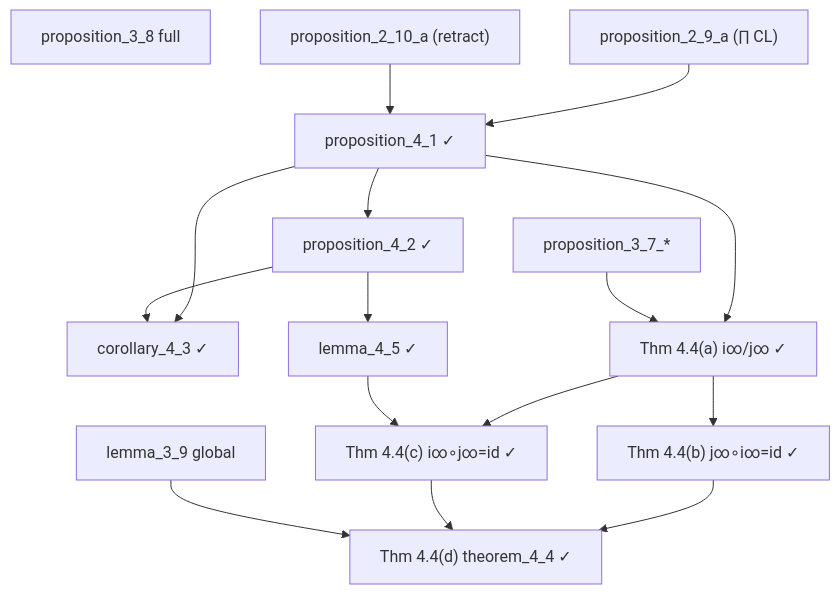
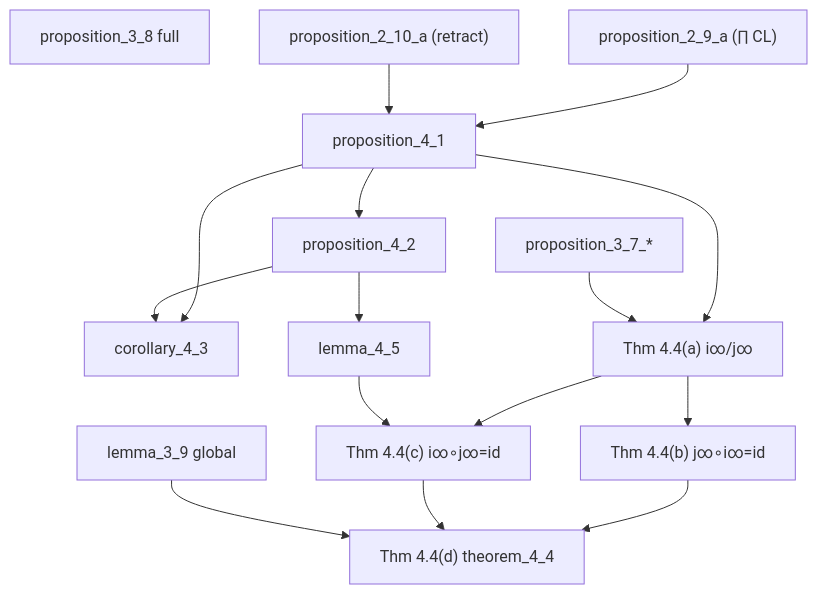
Before and after one commit to catskillsresearch/scott1972: the fifth of 5 diagrams in arxiv.md, drawn with Mermaid. The commit also changed other lines of this file and 1 other file, not shown here.

````diff
--- a/arxiv.md
+++ b/arxiv.md
@@ -269,31 +370,31 @@
 ```mermaid
 flowchart TD
   P38["proposition_3_8 full"]
   L39["lemma_3_9 global"]
   P37["proposition_3_7_*"]
   P29a["proposition_2_9_a (∏ CL)"]
   P210a["proposition_2_10_a (retract)"]
-  P41["proposition_4_1 ✓"]
-  P42["proposition_4_2 ✓"]
-  C43["corollary_4_3 ✓"]
-  L45["lemma_4_5 ✓"]
-  T44a["Thm 4.4(a) i∞/j∞ ✓"]
-  T44b["Thm 4.4(b) j∞∘i∞=id ✓"]
-  T44c["Thm 4.4(c) i∞∘j∞=id ✓"]
-  T44d["Thm 4.4(d) theorem_4_4 ✓"]
+  P41["proposition_4_1"]
+  P42["proposition_4_2"]
+  C43["corollary_4_3"]
+  L45["lemma_4_5"]
+  T44a["Thm 4.4(a) i∞/j∞"]
+  T44b["Thm 4.4(b) j∞∘i∞=id"]
+  T44c["Thm 4.4(c) i∞∘j∞=id"]
+  T44d["Thm 4.4(d) theorem_4_4"]
 
   P29a --> P41
   P210a --> P41
   P41 --> P42
   P41 --> C43
   P42 --> C43
   P42 --> L45
   P41 --> T44a
   P37 --> T44a
   T44a --> T44b
   T44a --> T44c
   L45 --> T44c
   T44b --> T44d
   T44c --> T44d
   L39 --> T44d
 ```
````
